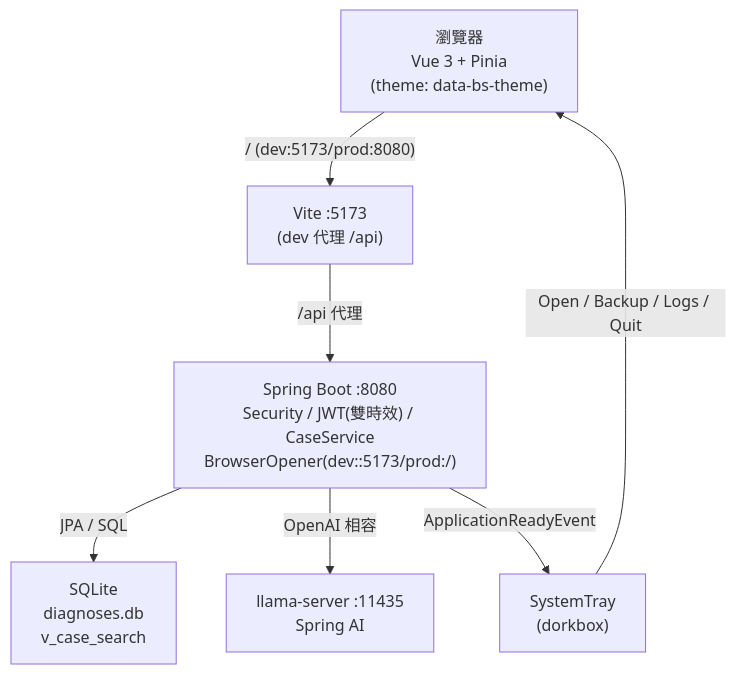
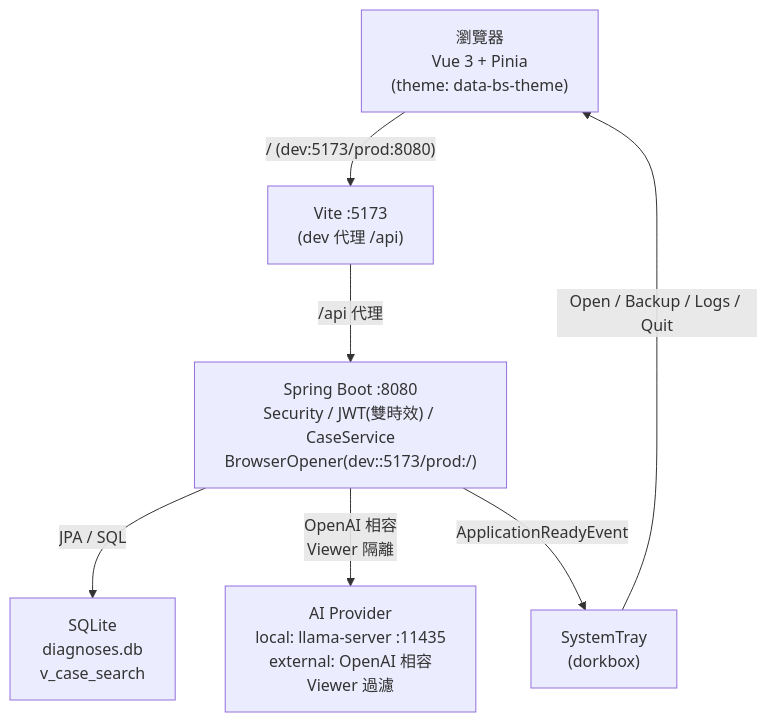
One commit to qo0u0op/PhytoTrack changed the second of 2 diagrams in docs/ARCHITECTURE.md. Above: the diagram before and after it, drawn with Mermaid. The commit also changed other lines of this file and 36 other files, not shown here.

````diff
--- a/docs/ARCHITECTURE.md
+++ b/docs/ARCHITECTURE.md
@@ -157,16 +159,16 @@
 ```mermaid
 graph TD
     Browser["瀏覽器<br/>Vue 3 + Pinia<br/>(theme: data-bs-theme)"]
     Vite["Vite :5173<br/>(dev 代理 /api)"]
     SpringBoot["Spring Boot :8080<br/>Security / JWT(雙時效) / CaseService<br/>BrowserOpener(dev::5173/prod:/)"]
     SQLite["SQLite<br/>diagnoses.db<br/>v_case_search"]
-    Llama["llama-server :11435<br/>Spring AI"]
+    AI["AI Provider<br/>local: llama-server :11435<br/>external: OpenAI 相容<br/>Viewer 過濾"]
     Tray["SystemTray<br/>(dorkbox)"]
 
     Browser -- "/ (dev:5173/prod:8080)" --> Vite
     Vite -- "/api 代理" --> SpringBoot
     SpringBoot -- "JPA / SQL" --> SQLite
-    SpringBoot -- "OpenAI 相容" --> Llama
+    SpringBoot -- "OpenAI 相容<br/>Viewer 隔離" --> AI
     SpringBoot -- "ApplicationReadyEvent" --> Tray
     Tray -- "Open / Backup / Logs / Quit" --> Browser
 ```
````
